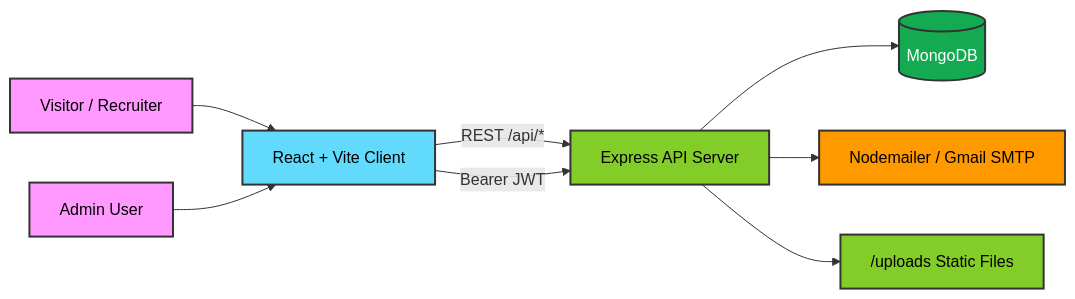
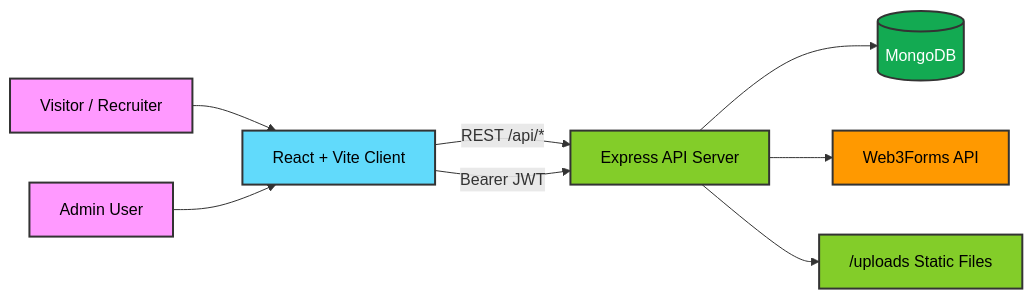
Before and after one commit to imsumit28/portfolio-website: the diagram in README.md, drawn with Mermaid. The commit also changed other lines of this file, not shown here.

Commit message:
Docs: Update documentation for Web3Forms email migration

````diff
--- a/README.md
+++ b/README.md
@@ -27,27 +27,27 @@
 ```mermaid
 flowchart LR
     %% Define styles
     classDef user fill:#f9f,stroke:#333,stroke-width:2px,color:#000;
     classDef client fill:#61dafb,stroke:#333,stroke-width:2px,color:#000;
     classDef server fill:#83cd29,stroke:#333,stroke-width:2px,color:#000;
     classDef db fill:#13aa52,stroke:#333,stroke-width:2px,color:#fff;
     classDef ext fill:#ff9900,stroke:#333,stroke-width:2px,color:#000;
 
     %% Nodes
     U[Visitor / Recruiter]:::user
     A[Admin User]:::user
     C[React + Vite Client]:::client
     S[Express API Server]:::server
     M[(MongoDB)]:::db
-    E[Nodemailer / Gmail SMTP]:::ext
+    E[Web3Forms API]:::ext
     F["/uploads Static Files"]:::server
 
     %% Connections
     U --> C
     A --> C
     C -->|REST /api/*| S
     C -->|Bearer JWT| S
     S --> M
     S --> E
     S --> F
 ```
````
